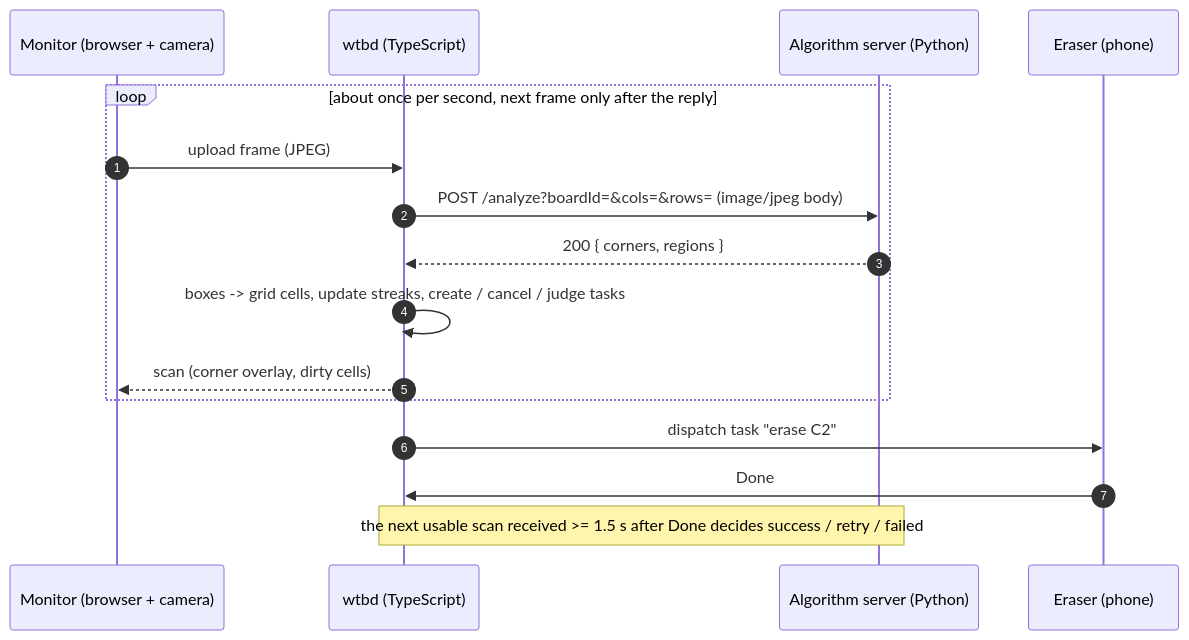
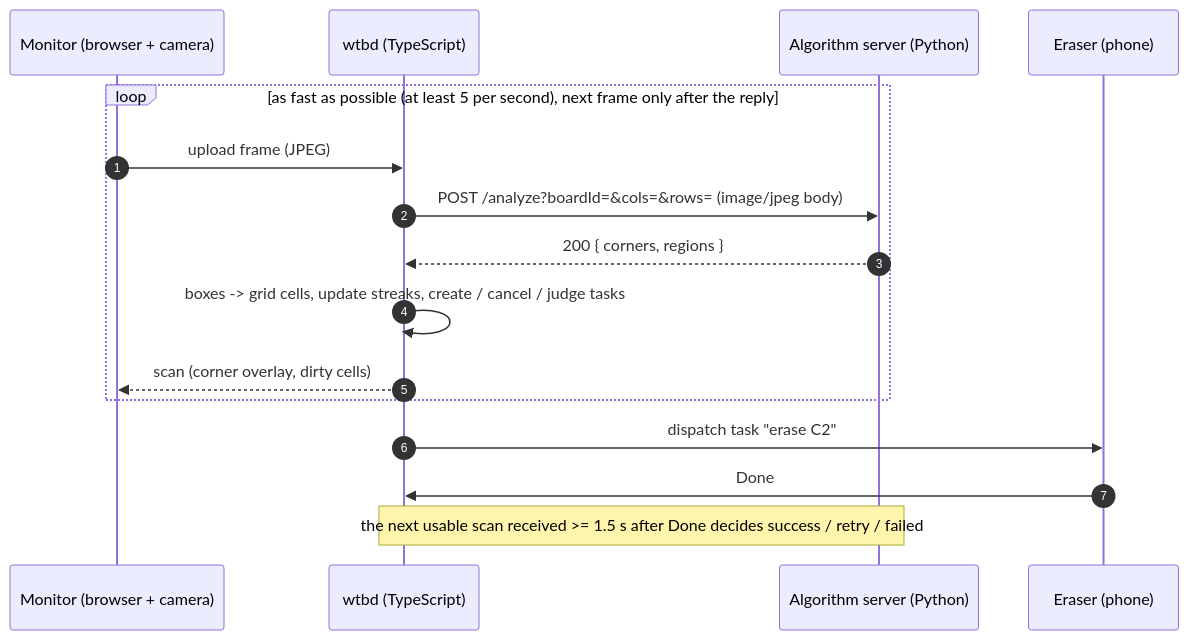
Before and after one commit to promaaa/kofee: the diagram in protocol/algorithm-server.md, drawn with Mermaid. The commit also changed other lines of this file and 91 other files, not shown here.

````diff
--- a/protocol/algorithm-server.md
+++ b/protocol/algorithm-server.md
@@ -21,18 +21,18 @@
 ```mermaid
 sequenceDiagram
     autonumber
     participant M as Monitor (browser + camera)
     participant W as wtbd (TypeScript)
     participant A as Algorithm server (Python)
     participant E as Eraser (phone)
-    loop about once per second, next frame only after the reply
+    loop as fast as possible (at least 5 per second), next frame only after the reply
         M->>W: upload frame (JPEG)
         W->>A: POST /analyze?boardId=&cols=&rows= (image/jpeg body)
         A-->>W: 200 { corners, regions }
         W->>W: boxes -> grid cells, update streaks, create / cancel / judge tasks
         W-->>M: scan (corner overlay, dirty cells)
     end
     W->>E: dispatch task "erase C2"
     E->>W: Done
     Note over W,A: the next usable scan received >= 1.5 s after Done decides success / retry / failed
 ```
````
